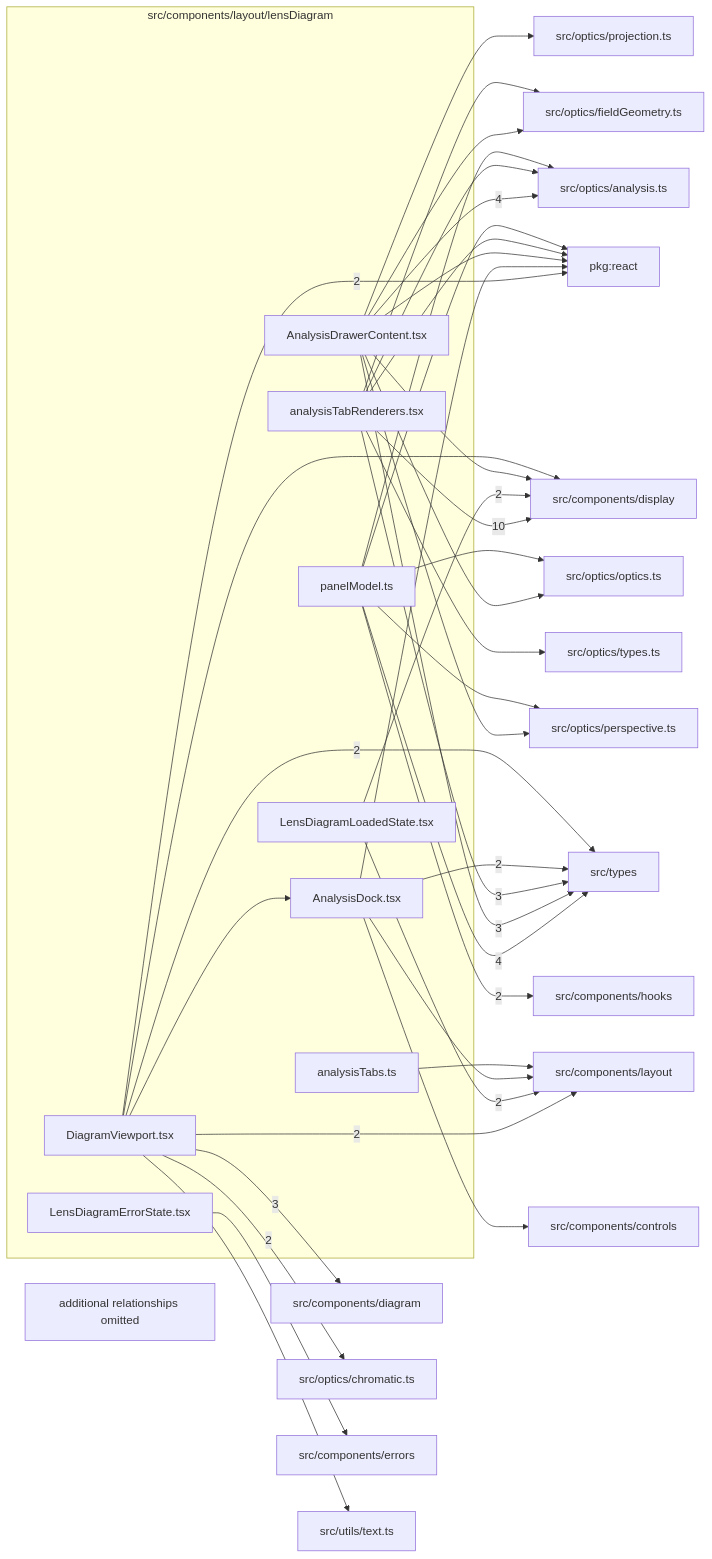
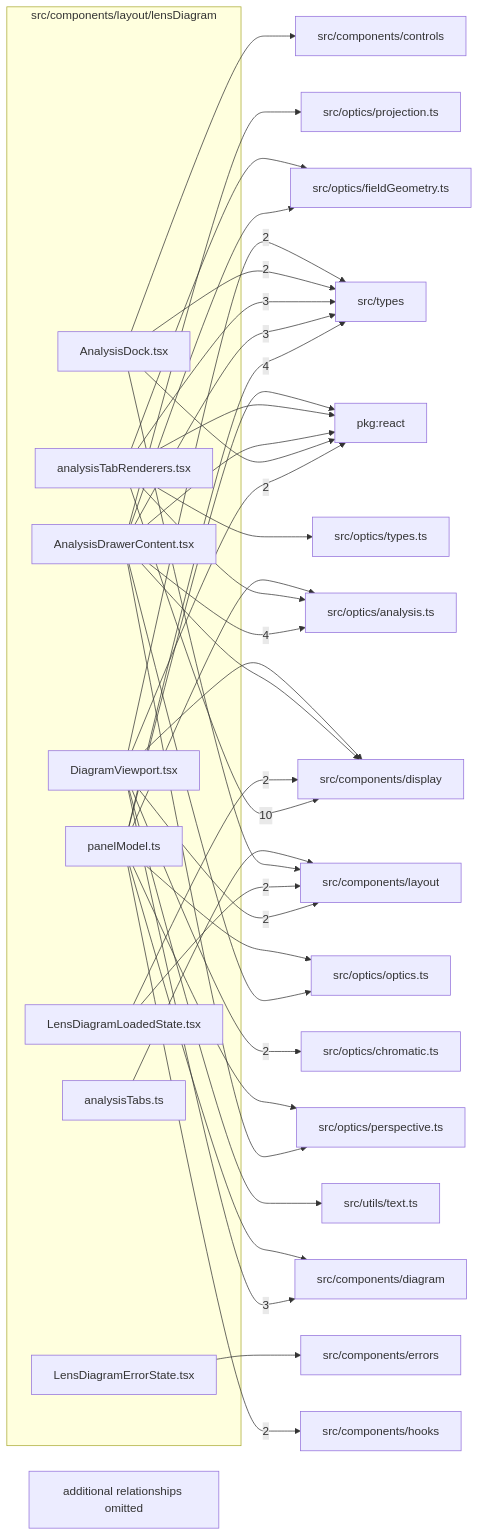
The diagram in src/components/layout/lensDiagram/readme.md (ronbuening/LensVisualizer), drawn with Mermaid before and after one commit. The commit also changed other lines of this file and 71 other files, not shown here.

````diff
--- a/src/components/layout/lensDiagram/readme.md
+++ b/src/components/layout/lensDiagram/readme.md
@@ -9,66 +9,66 @@
 ```mermaid
 flowchart LR
   subgraph n_src_components_layout_lensDiagram["src/components/layout/lensDiagram"]
     n_src_components_layout_lensDiagram_src_components_layout_lensDiagram_AnalysisDock_tsx["AnalysisDock.tsx"]
     n_src_components_layout_lensDiagram_src_components_layout_lensDiagram_AnalysisDrawerContent_tsx["AnalysisDrawerContent.tsx"]
     n_src_components_layout_lensDiagram_src_components_layout_lensDiagram_analysisTabRenderers_tsx["analysisTabRenderers.tsx"]
     n_src_components_layout_lensDiagram_src_components_layout_lensDiagram_analysisTabs_ts["analysisTabs.ts"]
     n_src_components_layout_lensDiagram_src_components_layout_lensDiagram_DiagramViewport_tsx["DiagramViewport.tsx"]
     n_src_components_layout_lensDiagram_src_components_layout_lensDiagram_LensDiagramErrorState_tsx["LensDiagramErrorState.tsx"]
     n_src_components_layout_lensDiagram_src_components_layout_lensDiagram_LensDiagramLoadedState_tsx["LensDiagramLoadedState.tsx"]
     n_src_components_layout_lensDiagram_src_components_layout_lensDiagram_panelModel_ts["panelModel.ts"]
   end
   n_external_src_components_display["src/components/display"]
   n_external_src_optics_analysis_ts["src/optics/analysis.ts"]
   n_external_src_types["src/types"]
   n_external_src_components_diagram["src/components/diagram"]
   n_external_pkg_react["pkg:react"]
   n_external_src_components_hooks["src/components/hooks"]
   n_external_src_components_layout["src/components/layout"]
   n_external_src_optics_chromatic_ts["src/optics/chromatic.ts"]
   n_external_src_components_controls["src/components/controls"]
   n_external_src_components_errors["src/components/errors"]
   n_external_src_optics_fieldGeometry_ts["src/optics/fieldGeometry.ts"]
   n_external_src_optics_optics_ts["src/optics/optics.ts"]
   n_external_src_optics_perspective_ts["src/optics/perspective.ts"]
   n_external_src_optics_projection_ts["src/optics/projection.ts"]
   n_external_src_optics_types_ts["src/optics/types.ts"]
   n_external_src_utils_text_ts["src/utils/text.ts"]
   n_src_components_layout_lensDiagram_src_components_layout_lensDiagram_analysisTabRenderers_tsx --> |10| n_external_src_components_display
   n_src_components_layout_lensDiagram_src_components_layout_lensDiagram_AnalysisDrawerContent_tsx --> |4| n_external_src_optics_analysis_ts
   n_src_components_layout_lensDiagram_src_components_layout_lensDiagram_panelModel_ts --> |4| n_external_src_types
   n_src_components_layout_lensDiagram_src_components_layout_lensDiagram_DiagramViewport_tsx --> |3| n_external_src_components_diagram
   n_src_components_layout_lensDiagram_src_components_layout_lensDiagram_AnalysisDrawerContent_tsx --> |3| n_external_src_types
   n_src_components_layout_lensDiagram_src_components_layout_lensDiagram_analysisTabRenderers_tsx --> |3| n_external_src_types
   n_src_components_layout_lensDiagram_src_components_layout_lensDiagram_DiagramViewport_tsx --> |2| n_external_pkg_react
   n_src_components_layout_lensDiagram_src_components_layout_lensDiagram_LensDiagramLoadedState_tsx --> |2| n_external_src_components_display
   n_src_components_layout_lensDiagram_src_components_layout_lensDiagram_panelModel_ts --> |2| n_external_src_components_hooks
   n_src_components_layout_lensDiagram_src_components_layout_lensDiagram_DiagramViewport_tsx --> |2| n_external_src_components_layout
   n_src_components_layout_lensDiagram_src_components_layout_lensDiagram_LensDiagramLoadedState_tsx --> |2| n_external_src_components_layout
   n_src_components_layout_lensDiagram_src_components_layout_lensDiagram_DiagramViewport_tsx --> |2| n_external_src_optics_chromatic_ts
   n_src_components_layout_lensDiagram_src_components_layout_lensDiagram_AnalysisDock_tsx --> |2| n_external_src_types
   n_src_components_layout_lensDiagram_src_components_layout_lensDiagram_DiagramViewport_tsx --> |2| n_external_src_types
   n_src_components_layout_lensDiagram_src_components_layout_lensDiagram_AnalysisDock_tsx --> n_external_pkg_react
   n_src_components_layout_lensDiagram_src_components_layout_lensDiagram_AnalysisDrawerContent_tsx --> n_external_pkg_react
   n_src_components_layout_lensDiagram_src_components_layout_lensDiagram_analysisTabRenderers_tsx --> n_external_pkg_react
   n_src_components_layout_lensDiagram_src_components_layout_lensDiagram_panelModel_ts --> n_external_pkg_react
   n_src_components_layout_lensDiagram_src_components_layout_lensDiagram_AnalysisDock_tsx --> n_external_src_components_controls
+  n_src_components_layout_lensDiagram_src_components_layout_lensDiagram_panelModel_ts --> n_external_src_components_diagram
   n_src_components_layout_lensDiagram_src_components_layout_lensDiagram_AnalysisDrawerContent_tsx --> n_external_src_components_display
   n_src_components_layout_lensDiagram_src_components_layout_lensDiagram_DiagramViewport_tsx --> n_external_src_components_display
   n_src_components_layout_lensDiagram_src_components_layout_lensDiagram_LensDiagramErrorState_tsx --> n_external_src_components_errors
   n_src_components_layout_lensDiagram_src_components_layout_lensDiagram_AnalysisDock_tsx --> n_external_src_components_layout
   n_src_components_layout_lensDiagram_src_components_layout_lensDiagram_analysisTabs_ts --> n_external_src_components_layout
   n_src_components_layout_lensDiagram_src_components_layout_lensDiagram_analysisTabRenderers_tsx --> n_external_src_optics_analysis_ts
   n_src_components_layout_lensDiagram_src_components_layout_lensDiagram_panelModel_ts --> n_external_src_optics_analysis_ts
   n_src_components_layout_lensDiagram_src_components_layout_lensDiagram_AnalysisDrawerContent_tsx --> n_external_src_optics_fieldGeometry_ts
   n_src_components_layout_lensDiagram_src_components_layout_lensDiagram_analysisTabRenderers_tsx --> n_external_src_optics_fieldGeometry_ts
   n_src_components_layout_lensDiagram_src_components_layout_lensDiagram_AnalysisDrawerContent_tsx --> n_external_src_optics_optics_ts
   n_src_components_layout_lensDiagram_src_components_layout_lensDiagram_panelModel_ts --> n_external_src_optics_optics_ts
   n_src_components_layout_lensDiagram_src_components_layout_lensDiagram_AnalysisDrawerContent_tsx --> n_external_src_optics_perspective_ts
   n_src_components_layout_lensDiagram_src_components_layout_lensDiagram_panelModel_ts --> n_external_src_optics_perspective_ts
   n_src_components_layout_lensDiagram_src_components_layout_lensDiagram_AnalysisDrawerContent_tsx --> n_external_src_optics_projection_ts
   n_src_components_layout_lensDiagram_src_components_layout_lensDiagram_analysisTabRenderers_tsx --> n_external_src_optics_types_ts
   n_src_components_layout_lensDiagram_src_components_layout_lensDiagram_DiagramViewport_tsx --> n_external_src_utils_text_ts
-  n_src_components_layout_lensDiagram_src_components_layout_lensDiagram_DiagramViewport_tsx --> n_src_components_layout_lensDiagram_src_components_layout_lensDiagram_AnalysisDock_tsx
   n_src_components_layout_lensDiagram_truncated["additional relationships omitted"]
 ```
````
